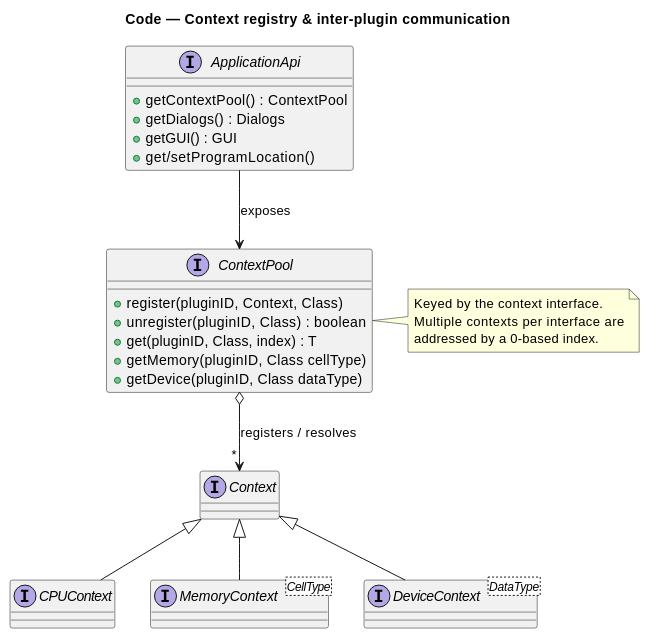
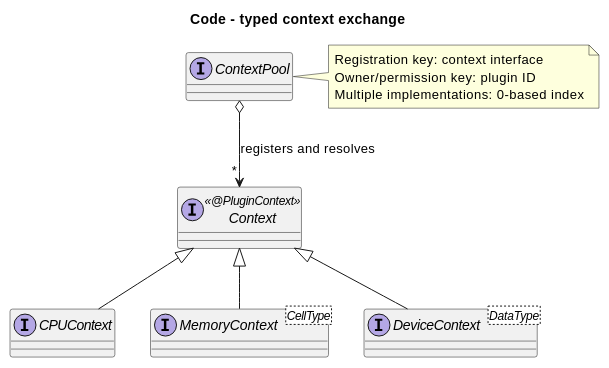
Before and after one commit to emustudio/emuLib: the seventh of 8 diagrams in docs/architecture.adoc, drawn with PlantUML. The commit also changed other lines of this file and 329 other files, not shown here.

```diff
--- a/docs/architecture.adoc
+++ b/docs/architecture.adoc
@@ -360,39 +346,23 @@
 [plantuml,c4-l4-context,svg]
 ....
 @startuml
-title Code — Context registry & inter-plugin communication
+title Code - typed context exchange
 
-interface ApplicationApi {
-  +getContextPool() : ContextPool
-  +getDialogs() : Dialogs
-  +getGUI() : GUI
-  +get/setProgramLocation()
-}
-
-interface ContextPool {
-  +register(pluginID, Context, Class)
-  +unregister(pluginID, Class) : boolean
-  +get(pluginID, Class, index) : T
-  +getMemory(pluginID, Class cellType)
-  +getDevice(pluginID, Class dataType)
-}
-
-interface Context
+interface Context <<@PluginContext>>
 interface CPUContext
 interface "MemoryContext<CellType>" as MemoryContext
 interface "DeviceContext<DataType>" as DeviceContext
+interface ContextPool
 
 Context <|-- CPUContext
 Context <|-- MemoryContext
 Context <|-- DeviceContext
-
-ApplicationApi --> ContextPool : exposes
-ContextPool o--> "*" Context : registers / resolves
+ContextPool o--> "*" Context : registers and resolves
 
 note right of ContextPool
-  Keyed by the context interface.
-  Multiple contexts per interface are
-  addressed by a 0-based index.
+  Registration key: context interface
+  Owner/permission key: plugin ID
+  Multiple implementations: 0-based index
 end note
 @enduml
 ....
```
